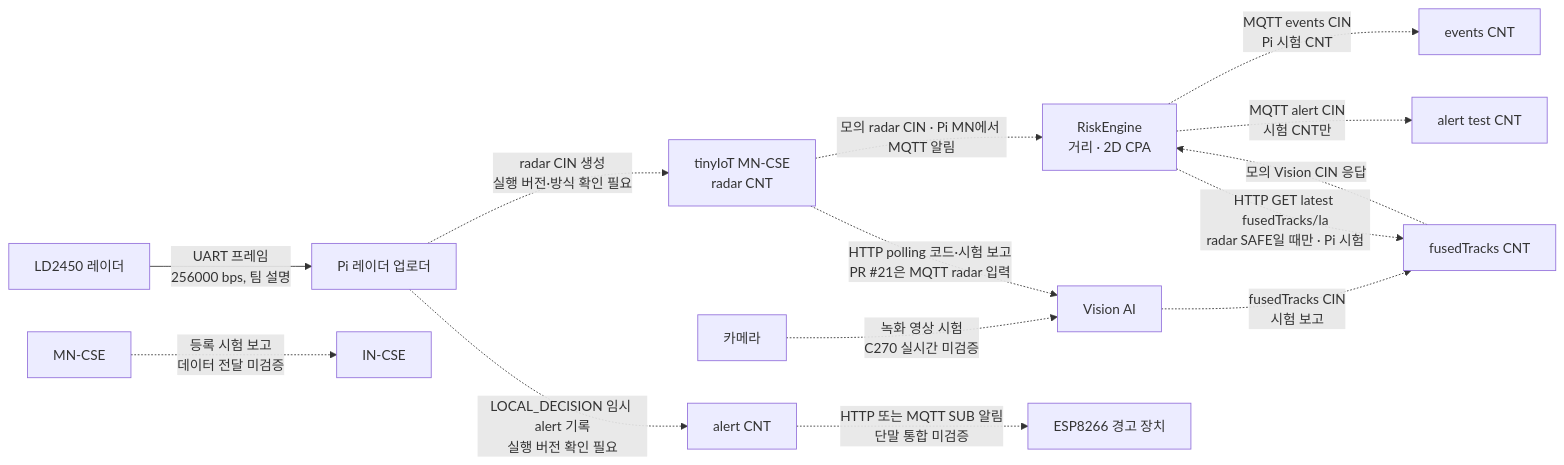
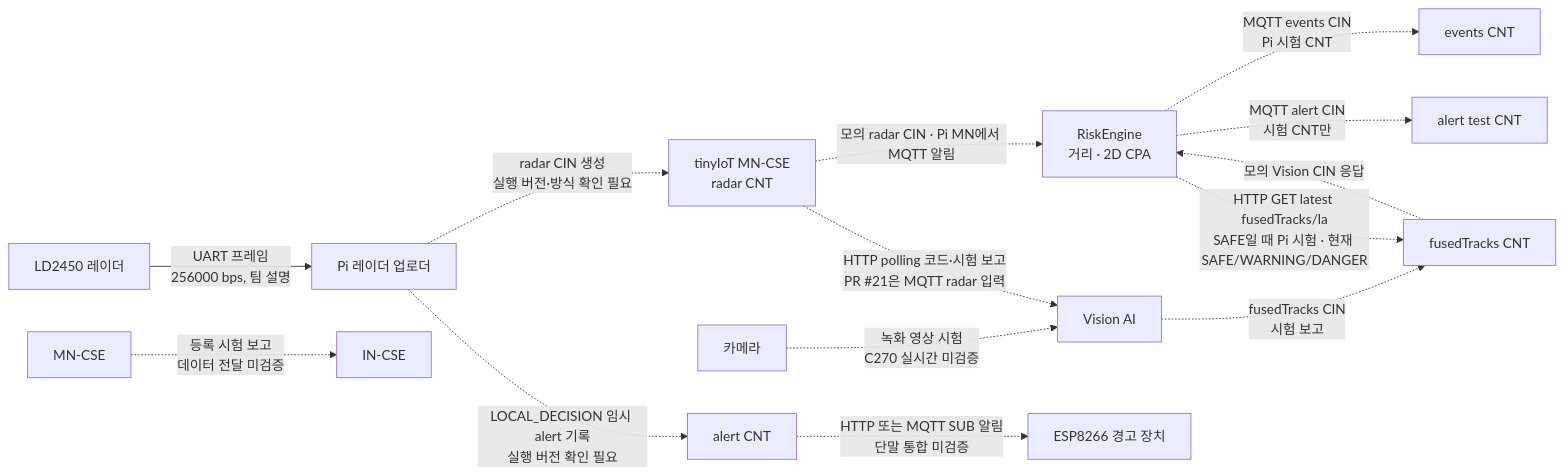
The first of 4 diagrams in docs/architecture.md (extra-7ex/Sejong_4IoT_OneM2M), drawn with Mermaid before and after one commit. The commit also changed other lines of this file and 6 other files, not shown here.

````diff
--- a/docs/architecture.md
+++ b/docs/architecture.md
@@ -18,16 +18,16 @@
 ```mermaid
 flowchart LR
   LD["LD2450 레이더"] -- "UART 프레임<br/>256000 bps, 팀 설명" --> UP["Pi 레이더 업로더"]
   UP -. "radar CIN 생성<br/>실행 버전·방식 확인 필요" .-> RAD["tinyIoT MN-CSE<br/>radar CNT"]
   RAD -. "모의 radar CIN · Pi MN에서 MQTT 알림" .-> ENGINE["RiskEngine<br/>거리 · 2D CPA"]
   ENGINE -. "MQTT events CIN<br/>Pi 시험 CNT" .-> EVENT["events CNT"]
   CAM["카메라"] -. "녹화 영상 시험<br/>C270 실시간 미검증" .-> VISION["Vision AI"]
   RAD -. "HTTP polling 코드·시험 보고<br/>PR #21은 MQTT radar 입력" .-> VISION
   VISION -. "fusedTracks CIN<br/>시험 보고" .-> FUSED["fusedTracks CNT"]
-  ENGINE -. "HTTP GET latest fusedTracks/la<br/>radar SAFE일 때만 · Pi 시험" .-> FUSED
+  ENGINE -. "HTTP GET latest fusedTracks/la<br/>SAFE일 때 Pi 시험 · 현재 SAFE/WARNING/DANGER" .-> FUSED
   FUSED -. "모의 Vision CIN 응답" .-> ENGINE
   ENGINE -. "MQTT alert CIN<br/>시험 CNT만" .-> TEST_ALERT["alert test CNT"]
   UP -. "LOCAL_DECISION 임시 alert 기록<br/>실행 버전 확인 필요" .-> ALERT["alert CNT"]
   ALERT -. "HTTP 또는 MQTT SUB 알림<br/>단말 통합 미검증" .-> ESP["ESP8266 경고 장치"]
   CSE["MN-CSE"] -. "등록 시험 보고<br/>데이터 전달 미검증" .-> IN["IN-CSE"]
 ```
````
